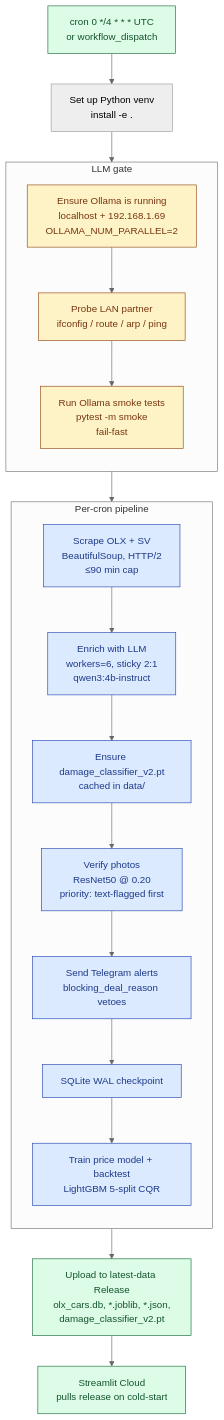
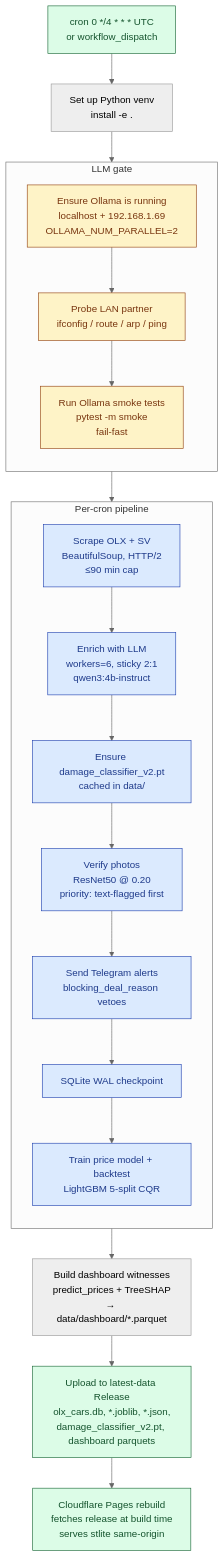
Before and after one commit to nikit34/olx-car-parser: the first of 2 diagrams in README.md, drawn with Mermaid (neutral theme). The commit also changed other lines of this file and 3 other files, not shown here.

````diff
--- a/README.md
+++ b/README.md
@@ -26,33 +32,34 @@
 ```mermaid
 flowchart TD
     Cron[cron 0 */4 * * * UTC<br/>or workflow_dispatch] --> Setup
     Setup[Set up Python venv<br/>install -e .] --> Ollama
 
     subgraph LLMGate [LLM gate]
       direction TB
       Ollama[Ensure Ollama is running<br/>localhost + 192.168.1.69<br/>OLLAMA_NUM_PARALLEL=2] --> Probe[Probe LAN partner<br/>ifconfig / route / arp / ping]
       Probe --> Smoke[Run Ollama smoke tests<br/>pytest -m smoke<br/>fail-fast]
     end
 
     Smoke --> Scrape
 
     subgraph Pipeline [Per-cron pipeline]
       direction TB
       Scrape[Scrape OLX + SV<br/>BeautifulSoup, HTTP/2<br/>≤90 min cap] --> Enrich[Enrich with LLM<br/>workers=6, sticky 2:1<br/>qwen3:4b-instruct]
       Enrich --> Weights[Ensure damage_classifier_v2.pt<br/>cached in data/]
       Weights --> Verify[Verify photos<br/>ResNet50 @ 0.20<br/>priority: text-flagged first]
       Verify --> Alerts[Send Telegram alerts<br/>blocking_deal_reason vetoes]
       Alerts --> Checkpoint[SQLite WAL checkpoint]
       Checkpoint --> Train[Train price model + backtest<br/>LightGBM 5-split CQR]
     end
 
-    Train --> Upload[Upload to latest-data Release<br/>olx_cars.db, *.joblib, *.json,<br/>damage_classifier_v2.pt]
-    Upload --> Dashboard[Streamlit Cloud<br/>pulls release on cold-start]
+    Train --> Witnesses[Build dashboard witnesses<br/>predict_prices + TreeSHAP<br/>→ data/dashboard/*.parquet]
+    Witnesses --> Upload[Upload to latest-data Release<br/>olx_cars.db, *.joblib, *.json,<br/>damage_classifier_v2.pt, dashboard parquets]
+    Upload --> Dashboard[Cloudflare Pages rebuild<br/>fetches release at build time<br/>serves stlite same-origin]
 
     classDef gate fill:#fef3c7,stroke:#92400e,color:#78350f
     classDef step fill:#dbeafe,stroke:#1e40af,color:#1e3a8a
     classDef terminal fill:#dcfce7,stroke:#166534,color:#14532d
     class Ollama,Probe,Smoke gate
     class Scrape,Enrich,Weights,Verify,Alerts,Checkpoint,Train step
     class Cron,Upload,Dashboard terminal
 ```
````
